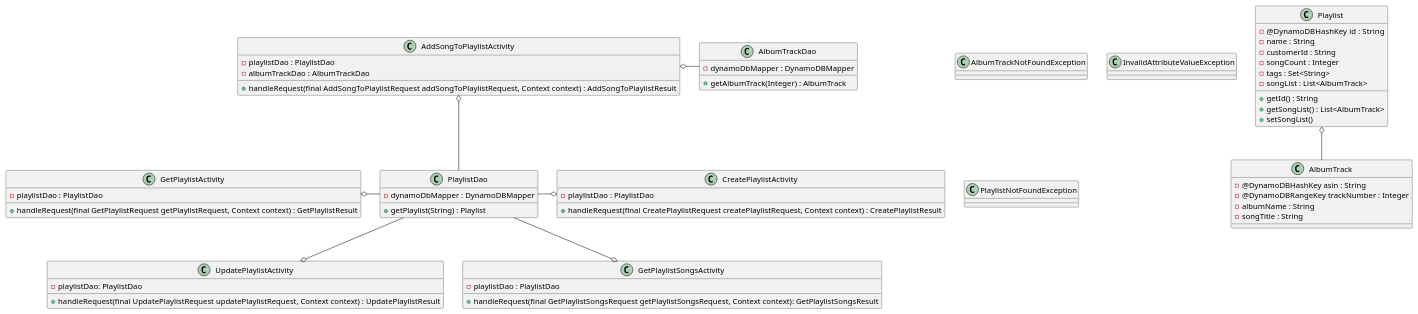
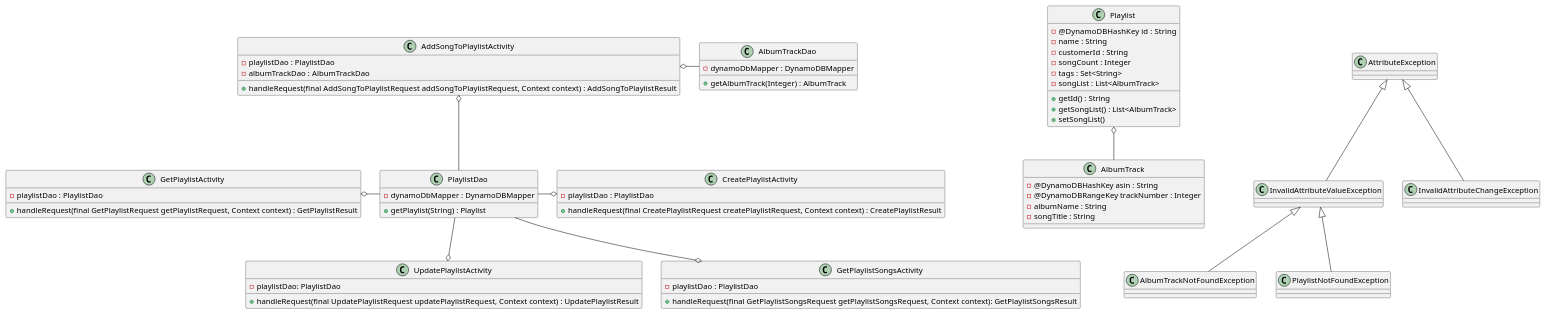
One commit to BloomTechBackend/bd-working-with-databases-music-playlist-service-ReidHarbin changed the diagram in src/resources/mastery-task1-music-playlist-CD.puml. Above: the diagram before and after it, drawn with PlantUML. The commit also changed 29 other files, not shown here.

```diff
--- a/src/resources/mastery-task1-music-playlist-CD.puml
+++ b/src/resources/mastery-task1-music-playlist-CD.puml
@@ -1,73 +1,84 @@
 @startuml
+
+
 
 PlaylistDao -o CreatePlaylistActivity
 GetPlaylistActivity o- PlaylistDao
 PlaylistDao --o UpdatePlaylistActivity
 PlaylistDao --o GetPlaylistSongsActivity
 AddSongToPlaylistActivity o-- PlaylistDao
 AddSongToPlaylistActivity o- AlbumTrackDao
+Playlist o-- AlbumTrack
 
-Playlist o-- AlbumTrack
+InvalidAttributeValueException <|-- AlbumTrackNotFoundException
+InvalidAttributeValueException <|-- PlaylistNotFoundException
+AttributeException <|-- InvalidAttributeValueException
+AttributeException <|-- InvalidAttributeChangeException
 
 class Playlist {
     - @DynamoDBHashKey id :  String
     - name : String
     - customerId : String
     - songCount : Integer
     - tags : Set<String>
     - songList : List<AlbumTrack>
 
     + getId() : String
     + getSongList() : List<AlbumTrack>
     + setSongList()
 }
 class AddSongToPlaylistActivity {
     - playlistDao : PlaylistDao
     - albumTrackDao : AlbumTrackDao
 
     + handleRequest(final AddSongToPlaylistRequest addSongToPlaylistRequest, Context context) : AddSongToPlaylistResult
 }
 class CreatePlaylistActivity {
     - playlistDao : PlaylistDao
 
     + handleRequest(final CreatePlaylistRequest createPlaylistRequest, Context context) : CreatePlaylistResult
 }
 class GetPlaylistActivity {
     - playlistDao : PlaylistDao
 
     + handleRequest(final GetPlaylistRequest getPlaylistRequest, Context context) : GetPlaylistResult
 }
 class GetPlaylistSongsActivity {
     - playlistDao : PlaylistDao
 
     + handleRequest(final GetPlaylistSongsRequest getPlaylistSongsRequest, Context context): GetPlaylistSongsResult
 }
 class UpdatePlaylistActivity {
     - playlistDao: PlaylistDao
 
     + handleRequest(final UpdatePlaylistRequest updatePlaylistRequest, Context context) : UpdatePlaylistResult
 }
 
 class AlbumTrack {
     - @DynamoDBHashKey asin : String
     - @DynamoDBRangeKey trackNumber : Integer
     - albumName : String
     - songTitle : String
 }
 class AlbumTrackDao {
     - dynamoDbMapper : DynamoDBMapper
     + getAlbumTrack(Integer) : AlbumTrack
 }
 class PlaylistDao {
     - dynamoDbMapper : DynamoDBMapper
     +getPlaylist(String) : Playlist
 }
 
+class AttributeException {
+}
 class AlbumTrackNotFoundException {
 }
 class InvalidAttributeValueException {
 }
 class PlaylistNotFoundException {
 }
+class InvalidAttributeChangeException {
+}
+
 
 @enduml
```
